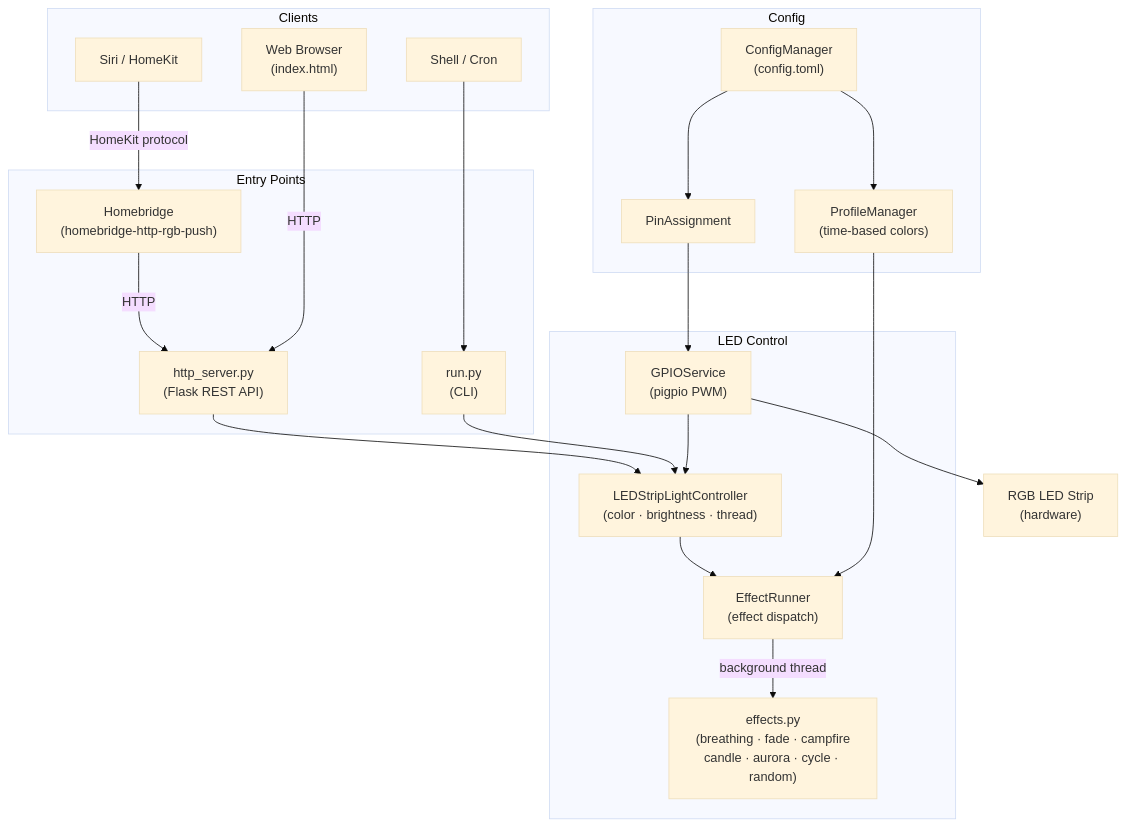
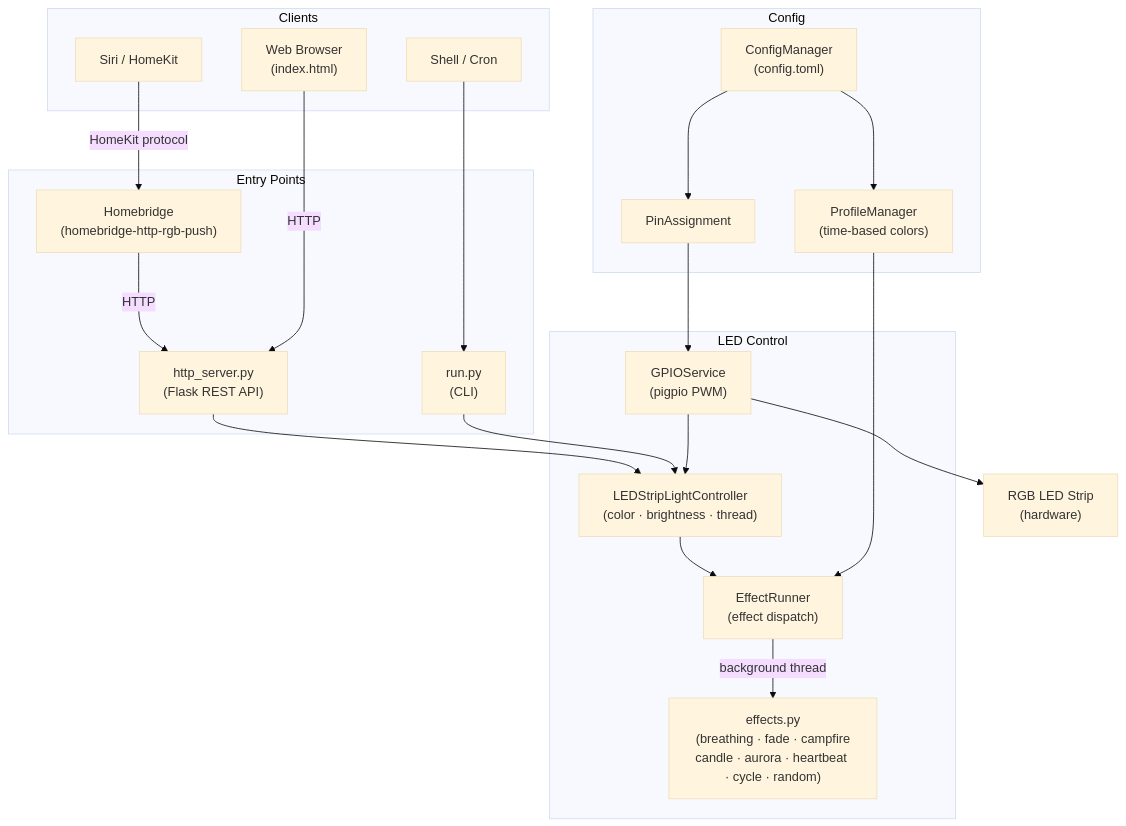
One commit to janrothen/led-strip-light changed the diagram in README.md. Above: the diagram before and after it, drawn with Mermaid (base theme). The commit also changed other lines of this file and 9 other files, not shown here.

````diff
--- a/README.md
+++ b/README.md
@@ -39,45 +39,45 @@
 ```mermaid
 graph TD
     subgraph Clients
         SIRI["Siri / HomeKit"]
         WEBUI["Web Browser\n(index.html)"]
         SHELL["Shell / Cron"]
     end
 
     subgraph Entry Points
         HB["Homebridge\n(homebridge-http-rgb-push)"]
         HTTP["http_server.py\n(Flask REST API)"]
         CLI["run.py\n(CLI)"]
     end
 
     subgraph Config
         CM["ConfigManager\n(config.toml)"]
         PA["PinAssignment"]
         PM["ProfileManager\n(time-based colors)"]
     end
 
     subgraph LED Control
         GPIO["GPIOService\n(pigpio PWM)"]
         CTRL["LEDStripLightController\n(color · brightness · thread)"]
         ER["EffectRunner\n(effect dispatch)"]
-        EFX["effects.py\n(breathing · fade · campfire\ncandle · aurora · cycle · random)"]
+        EFX["effects.py\n(breathing · fade · campfire\ncandle · aurora · heartbeat · cycle · random)"]
     end
 
     HW["RGB LED Strip\n(hardware)"]
 
     SIRI -->|"HomeKit protocol"| HB
     HB -->|"HTTP"| HTTP
     WEBUI -->|"HTTP"| HTTP
     SHELL --> CLI
 
     HTTP --> CTRL
     CLI --> CTRL
     CM --> PA
     CM --> PM
     PA --> GPIO
     GPIO --> CTRL
     CTRL --> ER
     ER -->|"background thread"| EFX
     PM --> ER
     GPIO --> HW
 ```
````
